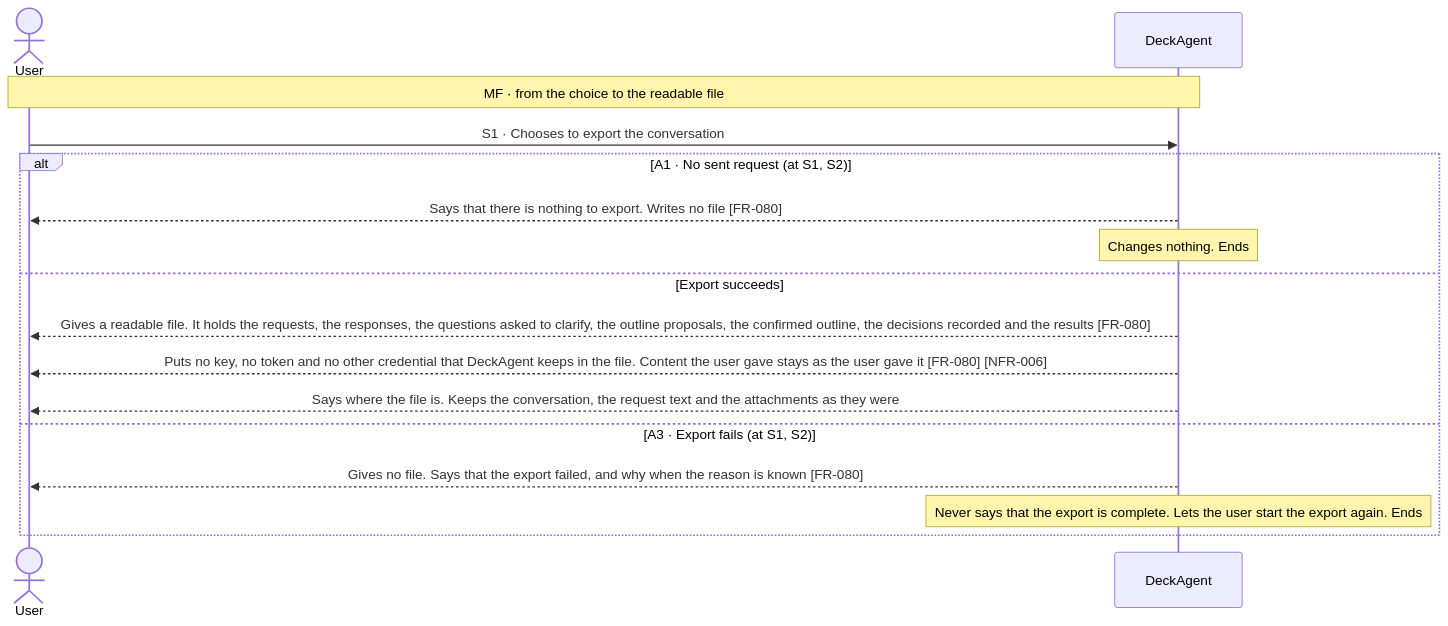
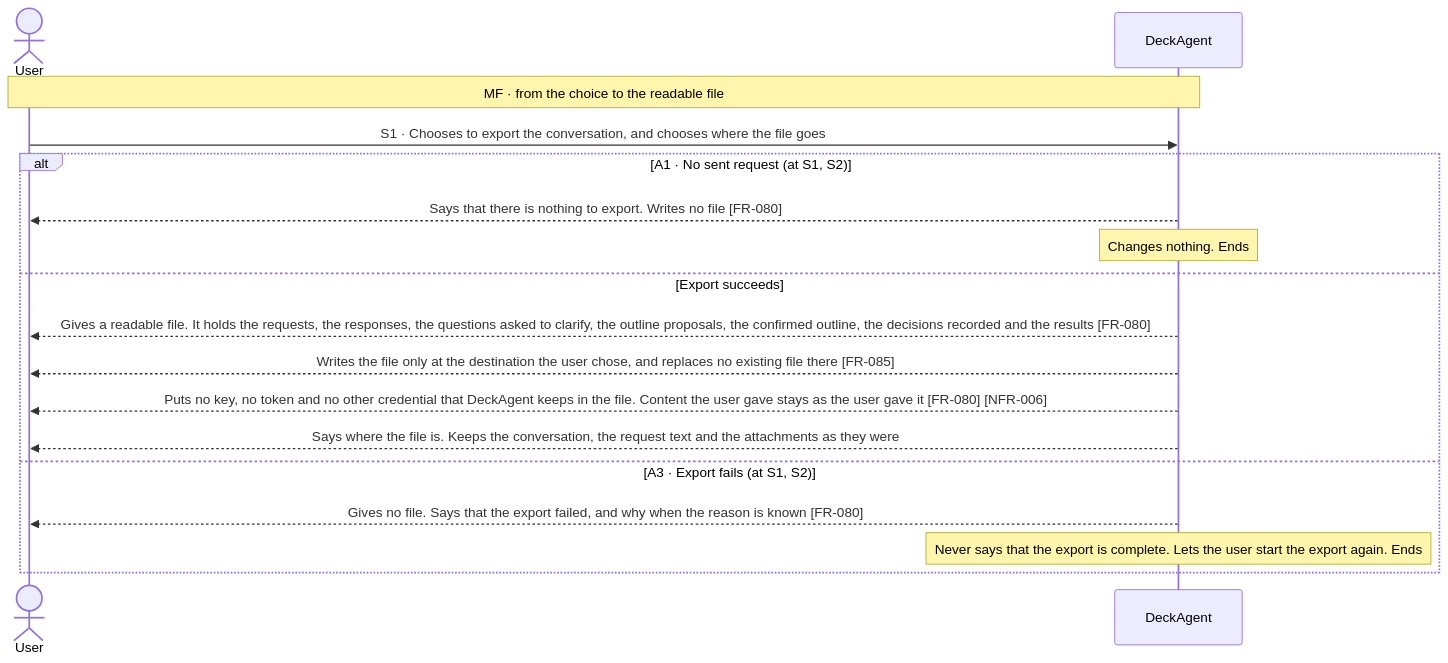
One commit to Luke23127006/DeckAgent changed the first of 2 diagrams in docs/spec/03-use-cases/UC-016.md. Above: the diagram before and after it, drawn with Mermaid. The commit also changed other lines of this file and 31 other files, not shown here.

````diff
--- a/docs/spec/03-use-cases/UC-016.md
+++ b/docs/spec/03-use-cases/UC-016.md
@@ -39,18 +41,19 @@
 ```mermaid
 sequenceDiagram
     actor User
     participant DeckAgent
     Note over User,DeckAgent: MF · from the choice to the readable file
-    User->>DeckAgent: S1 · Chooses to export the conversation
+    User->>DeckAgent: S1 · Chooses to export the conversation, and chooses where the file goes
     alt A1 · No sent request (at S1, S2)
         DeckAgent-->>User: Says that there is nothing to export. Writes no file [FR-080]
         note over DeckAgent: Changes nothing. Ends
     else Export succeeds
         DeckAgent-->>User: Gives a readable file. It holds the requests, the responses, the questions asked to clarify, the outline proposals, the confirmed outline, the decisions recorded and the results [FR-080]
+        DeckAgent-->>User: Writes the file only at the destination the user chose, and replaces no existing file there [FR-085]
         DeckAgent-->>User: Puts no key, no token and no other credential that DeckAgent keeps in the file. Content the user gave stays as the user gave it [FR-080] [NFR-006]
         DeckAgent-->>User: Says where the file is. Keeps the conversation, the request text and the attachments as they were
     else A3 · Export fails (at S1, S2)
         DeckAgent-->>User: Gives no file. Says that the export failed, and why when the reason is known [FR-080]
         note over DeckAgent: Never says that the export is complete. Lets the user start the export again. Ends
     end
 ```
````
